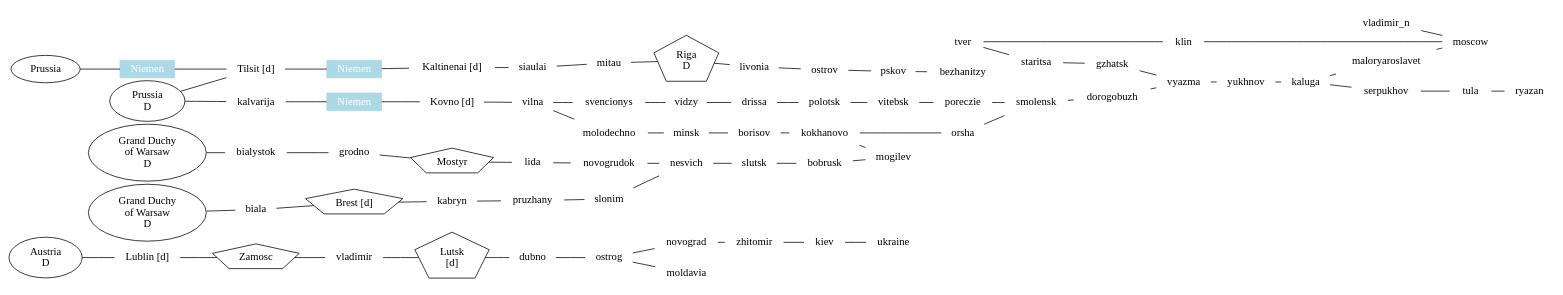
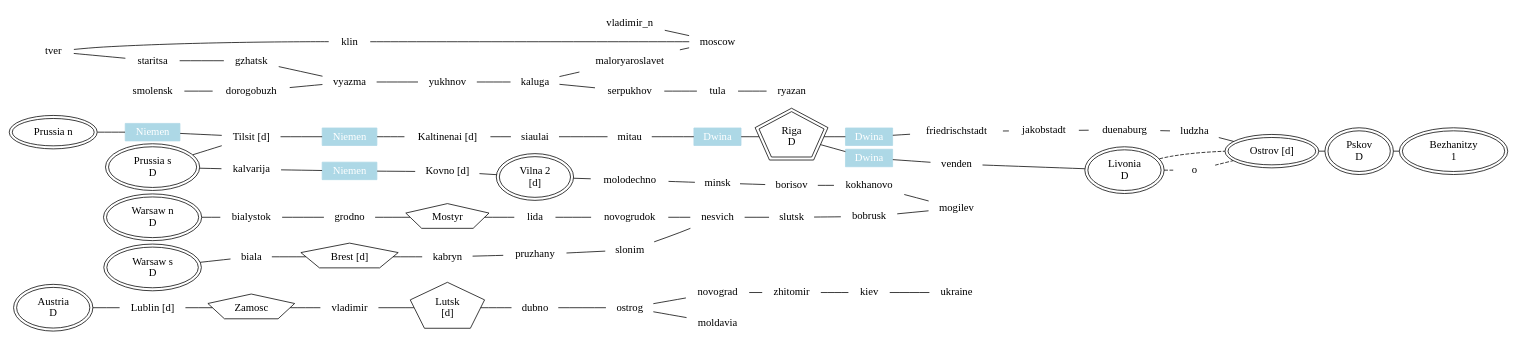
The diagram in map.dot (jmettraux/dot1812), drawn with Graphviz before and after one commit. The commit also changed 1 other file, not shown here.

Commit message:
Explore tracks

```diff
--- a/map.dot
+++ b/map.dot
@@ -1,103 +1,85 @@
 
 // dot1812/map.dot
 
 strict graph {
 
   rankdir="LR";
   ordering="in";
   ranksep=0.05; // The rank separation, in inches. Default is 0.5.
   nodesep=0.05; // The node separation, in inches. Default is 0.25.
 
   node [shape=none];
 
   ostrog -- novograd -- zhitomir -- kiev -- ukraine;
   austria -- lublin -- zamosc -- vladimir -- lutsk -- dubno -- ostrog
     -- moldavia;
   warsaw_n -- bialystok -- grodno -- mostyr -- lida -- novogrudok -- nesvich
     -- slutsk -- bobrusk;
   warsaw_s -- biala -- brest -- kabryn -- pruzhany -- slonim -- nesvich;
 
+  subgraph dwina_bridges {
+    node [
+      label="Dwina", shape=box, width=.8, height=.2,
+      color=lightblue, fillcolor=lightblue, fontcolor=white, style=filled];
+    d0; d1; d3;
+  }
+
   subgraph niemen_bridges {
     node [
       label="Niemen", shape=box, width=.8, height=.2,
       color=lightblue, fillcolor=lightblue, fontcolor=white, style=filled];
     n0; n1; n2;
   }
 
   prussia_n -- n0 -- tilsit -- n1 -- kaltinenai -- siaulai -- mitau;
   prussia_s -- tilsit;
   vladimir_n -- moscow;
   tver -- klin -- moscow;
   tver -- staritsa -- gzhatsk -- vyazma;
   kaluga -- serpukhov -- tula -- ryazan;
-  vilna -- svencionys -- vidzy -- drissa -- polotsk -- vitebsk -- poreczie
-    -- smolensk;
   smolensk -- dorogobuzh -- vyazma -- yukhnov -- kaluga -- maloryaroslavet
     -- moscow;
   prussia_s -- kalvarija -- n2 -- kovno -- vilna -- molodechno -- minsk
     -- borisov -- kokhanovo -- mogilev;
-  kokhanovo -- orsha -- smolensk;
+
+  riga -- d1 -- friedrischstadt -- jakobstadt -- duenaburg -- ludzha -- ostrov;
+  riga -- d0 -- venden -- livonia;
+  mitau -- d3 -- riga;
+
+  //vilna -- svencionys -- vidzy -- drissa -- polotsk -- vitebsk -- poreczie
+  //  -- smolensk;
+  //kokhanovo -- orsha -- smolensk;
   //smolensk -- sverskovo -- roslavl -- bryansk -- karachev -- orel -- voronezh;
-  riga -- livonia -- ostrov -- pskov -- bezhanitzy;
-  mitau -- riga;
+
+  ostrov -- pskov -- bezhanitzy;
   bobrusk -- mogilev;
 
-  // riga -- mitau;
-  // kaltinenai -- nemaksciai;
-  // nemaksciai -- siaulai;
-  // kaltinenai -- siaulai;
-  // siaulai -- mitau -- eckau;
-  // panevezys -- eckau -- eckau_e -- jakobstadt;
-  // siaulai -- panaevezys;
-  // prussia_s -- kalvarija;
-  // suwalki -- kalvarija;
-  // suwalki -- szczuczy;
-  // suwalki -- suwalki_e;
-  // suwalki_e -- kalvarija;
-  // warsaw_n -- szczuczy;
-  // bialystok -- bielsk;
-  // drohiczyn -- bielsk;
-  // bialystok -- volkovysk;
-  // mostyr -- volkovysk;
-  // bialystok -- grodno;
-  // suwalki -- grodno;
-  // grodno -- mostyr;
-  // mostyr -- lida;
-  // lida -- novogrudok;
-  // lida -- onuskis;
-  // volkovysk -- novogrudok;
-  // volkovysk -- slonim -- pruzhany;
-  // kalvarija -- kovno;
-  // kovno -- kedainai;
-  // kovno -- onuskis;
-  // kovno -- vilna;
-  // vilna -- onuskis;
-  // vilna -- lida;
-  // vilna -- volozhin;
-  // vilna -- molodechno;
-  // vilna -- svencionys;
-  // svencionys -- vidzy;
-  // vilkomir -- svencionys;
-  // vilkomir -- salakas;
-  // vilkomir -- panevezys;
-  // riga -- friedrichstadt -- jakobstadt;
-  // riga -- venden;
-  // venden -- livonia;
+  subgraph tracks {
+    edge [style=dashed];
+    livonia -- ostrov;
+    livonia -- livonia_e -- ostrov;
+  }
 
-  riga [label="Riga\nD", shape=pentagon];
+  riga [label="Riga\nD", shape=pentagon, peripheries=2];
   kaltinenai [label="Kaltinenai [d]"];
-  prussia_n [label="Prussia", shape=oval];
-  prussia_s [label="Prussia\nD", shape=oval];
+  prussia_n [label="Prussia n", shape=oval, peripheries=2];
+  prussia_s [label="Prussia s\nD", shape=oval, peripheries=2];
   tilsit [label="Tilsit [d]"];
-  warsaw_n [label="Grand Duchy\nof Warsaw\nD", shape=oval];
-  warsaw_s [label="Grand Duchy\nof Warsaw\nD", shape=oval];
+  warsaw_n [label="Warsaw n\nD", shape=oval, peripheries=2];
+  warsaw_s [label="Warsaw s\nD", shape=oval, peripheries=2];
   brest [label="Brest [d]", shape=pentagon];
   kovno [label="Kovno [d]"];
   lublin [label="Lublin [d]"];
-  austria [label="Austria\nD", shape=oval];
+  austria [label="Austria\nD", shape=oval, peripheries=2];
   mostyr [label="Mostyr", shape=pentagon];
   zamosc [label="Zamosc", shape=pentagon];
   lutsk [label="Lutsk\n[d]", shape=pentagon];
+  livonia [label="Livonia\nD", shape=oval, peripheries=2];
+  ostrov [label="Ostrov [d]", shape=oval, peripheries=2];
+  pskov [label="Pskov\nD", shape=oval, peripheries=2];
+  bezhanitzy [label="Bezhanitzy\n1", shape=oval, peripheries=2];
+  livonia_e [label="o"];
+  vilna [label="Vilna 2\n[d]", shape=oval, peripheries=2];
   //suwalki_e [label=""];
   //eckau_e [label=""];
 }
```
